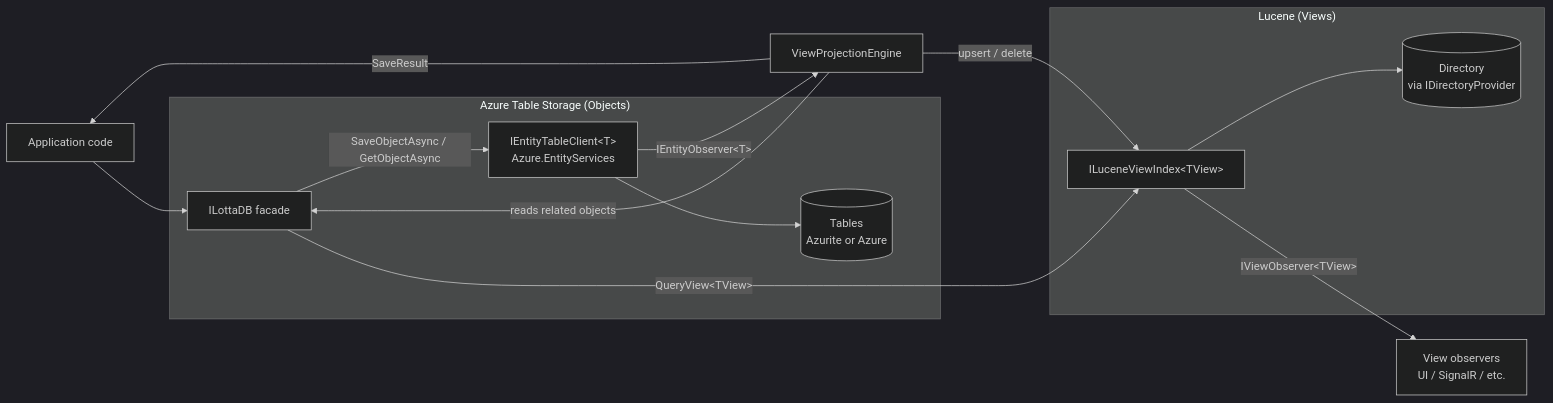
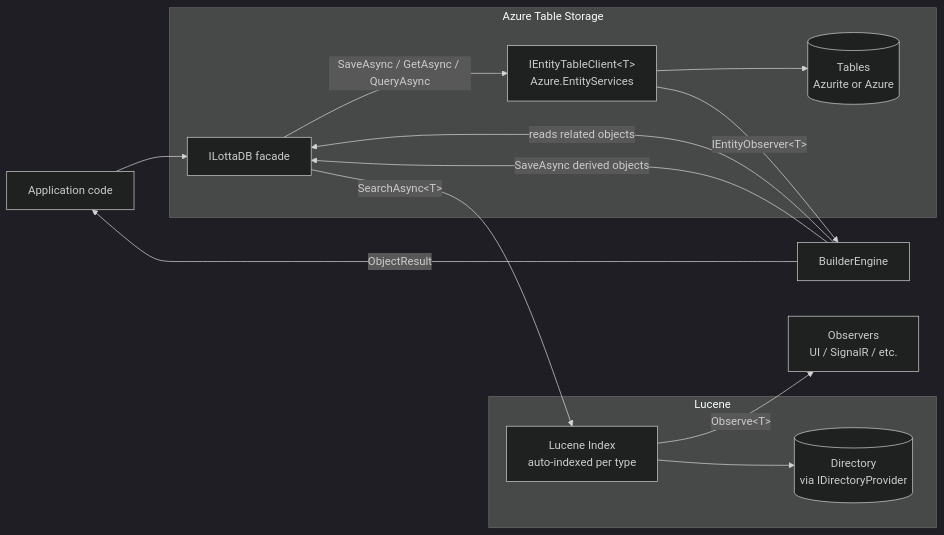
Before and after one commit to tomlm/LottaDB: the first of 3 diagrams in Architecture.md, drawn with Mermaid (dark theme). The commit also changed other lines of this file, not shown here.

First line of the commit message:
Unify objects and views, add builders, simplify API

````diff
--- a/Architecture.md
+++ b/Architecture.md
@@ -25,21 +25,21 @@
 ```mermaid
 flowchart LR
     App[Application code] --> Facade[ILottaDB facade]
 
-    subgraph "Azure Table Storage (Objects)"
-        Facade -->|"SaveObjectAsync / GetObjectAsync"| ETC[IEntityTableClient&lt;T&gt;<br/>Azure.EntityServices]
+    subgraph "Azure Table Storage"
+        Facade -->|"SaveAsync / GetAsync / QueryAsync"| ETC[IEntityTableClient&lt;T&gt;<br/>Azure.EntityServices]
         ETC --> Tables[(Tables<br/>Azurite or Azure)]
     end
 
-    ETC -->|"IEntityObserver&lt;T&gt;"| Engine[ViewProjectionEngine]
+    ETC -->|"IEntityObserver&lt;T&gt;"| Engine[BuilderEngine]
     Engine -->|"reads related objects"| Facade
-    Engine -->|"upsert / delete"| Index
+    Engine -->|"SaveAsync derived objects"| Facade
 
-    subgraph "Lucene (Views)"
-        Facade -->|"QueryView&lt;TView&gt;"| Index[ILuceneViewIndex&lt;TView&gt;]
+    subgraph "Lucene"
+        Facade -->|"SearchAsync&lt;T&gt;"| Index[Lucene Index<br/>auto-indexed per type]
         Index --> Dir[(Directory<br/>via IDirectoryProvider)]
     end
 
-    Index -->|"IViewObserver&lt;TView&gt;"| Observers[View observers<br/>UI / SignalR / etc.]
-    Engine -->|"SaveResult"| App
+    Index -->|"Observe&lt;T&gt;"| Observers[Observers<br/>UI / SignalR / etc.]
+    Engine -->|"ObjectResult"| App
 ```
````
